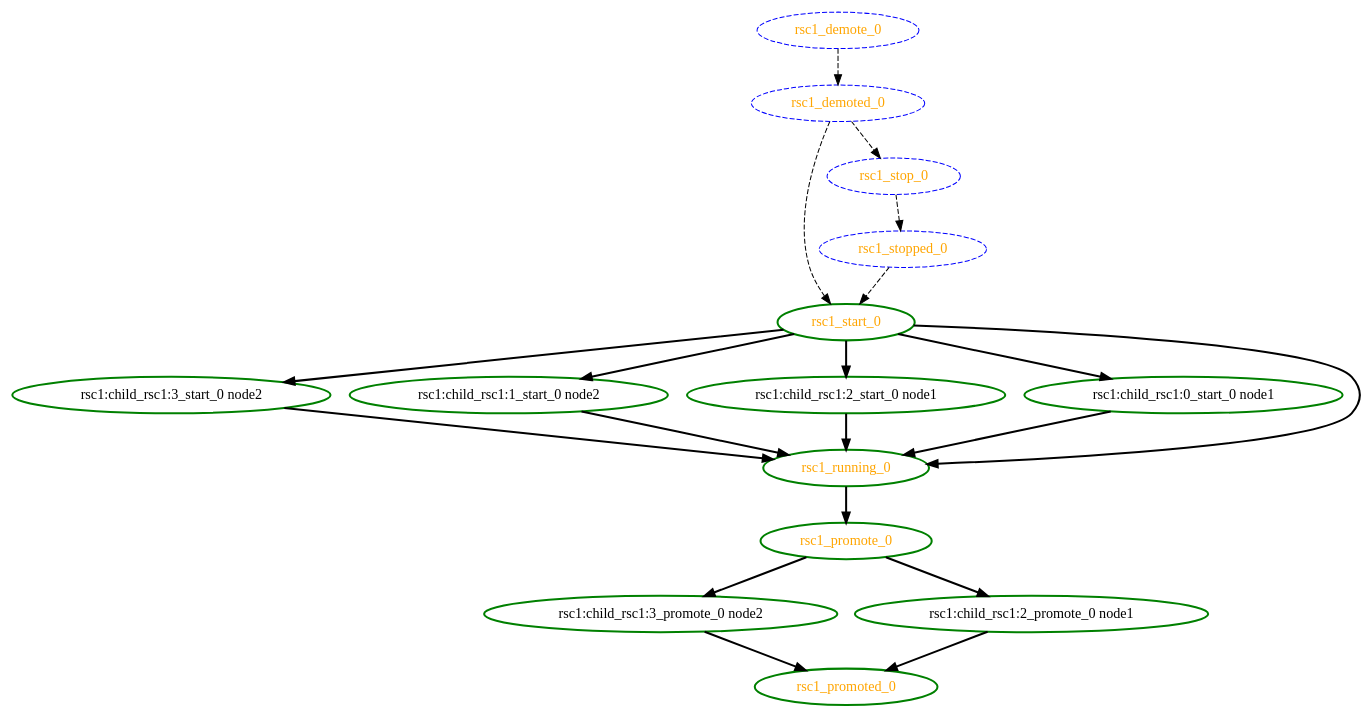
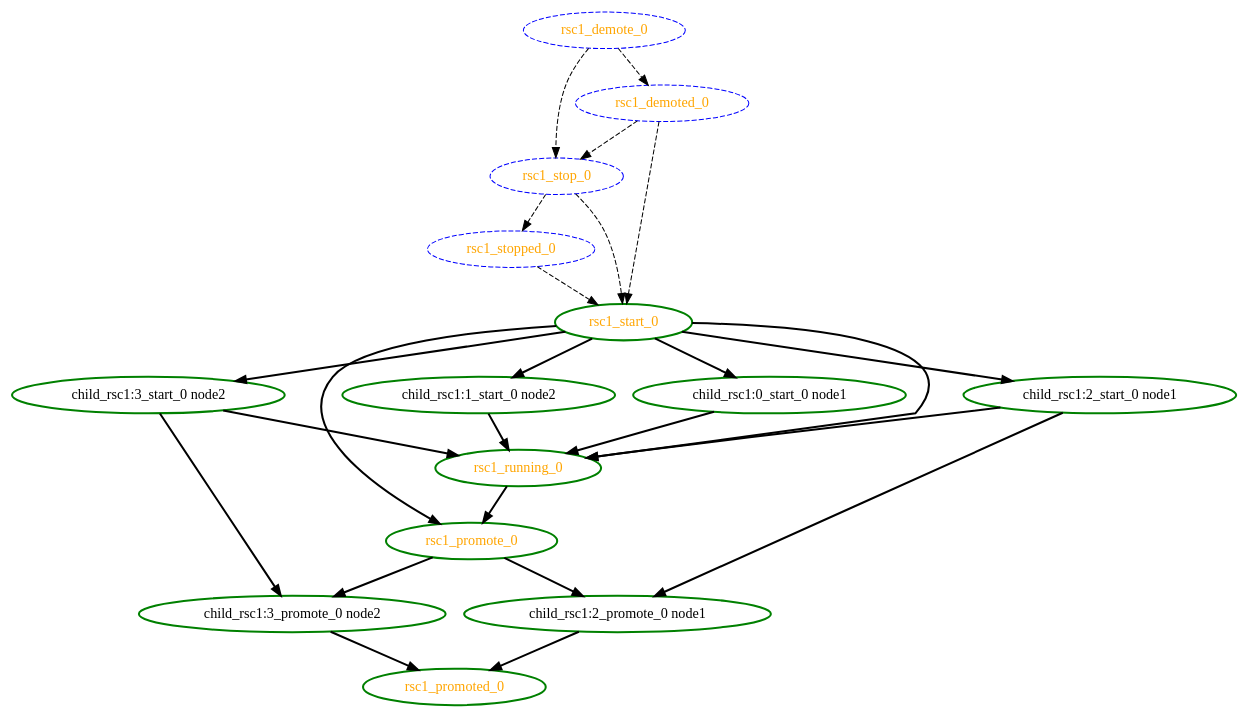
One commit to richiewen8/heartbeat changed the diagram in crm/pengine/testcases/master-1.dot. Above: the diagram before and after it, drawn with Graphviz. The commit also changed 200 other files, not shown here.

```diff
--- a/crm/pengine/testcases/master-1.dot
+++ b/crm/pengine/testcases/master-1.dot
@@ -1,36 +1,41 @@
 digraph "g" {
 	size = "30,30"
-"rsc1:child_rsc1:3_start_0 node2" [ style=bold color="green" fontcolor="black" ]
-"rsc1:child_rsc1:3_promote_0 node2" [ style=bold color="green" fontcolor="black" ]
-"rsc1:child_rsc1:1_start_0 node2" [ style=bold color="green" fontcolor="black" ]
-"rsc1:child_rsc1:2_start_0 node1" [ style=bold color="green" fontcolor="black" ]
-"rsc1:child_rsc1:2_promote_0 node1" [ style=bold color="green" fontcolor="black" ]
-"rsc1:child_rsc1:0_start_0 node1" [ style=bold color="green" fontcolor="black" ]
+"child_rsc1:3_start_0 node2" [ style=bold color="green" fontcolor="black" ]
+"child_rsc1:3_promote_0 node2" [ style=bold color="green" fontcolor="black" ]
+"child_rsc1:1_start_0 node2" [ style=bold color="green" fontcolor="black" ]
+"child_rsc1:2_start_0 node1" [ style=bold color="green" fontcolor="black" ]
+"child_rsc1:2_promote_0 node1" [ style=bold color="green" fontcolor="black" ]
+"child_rsc1:0_start_0 node1" [ style=bold color="green" fontcolor="black" ]
 "rsc1_start_0" [ style=bold color="green" fontcolor="orange" ]
 "rsc1_running_0" [ style=bold color="green" fontcolor="orange" ]
 "rsc1_stop_0" [ style="dashed" color="blue" fontcolor="orange" ]
 "rsc1_stopped_0" [ style="dashed" color="blue" fontcolor="orange" ]
 "rsc1_promote_0" [ style=bold color="green" fontcolor="orange" ]
 "rsc1_promoted_0" [ style=bold color="green" fontcolor="orange" ]
 "rsc1_demote_0" [ style="dashed" color="blue" fontcolor="orange" ]
 "rsc1_demoted_0" [ style="dashed" color="blue" fontcolor="orange" ]
-"rsc1_start_0" -> "rsc1:child_rsc1:3_start_0 node2" [ style = bold]
-"rsc1_promote_0" -> "rsc1:child_rsc1:3_promote_0 node2" [ style = bold]
-"rsc1_start_0" -> "rsc1:child_rsc1:1_start_0 node2" [ style = bold]
-"rsc1_start_0" -> "rsc1:child_rsc1:2_start_0 node1" [ style = bold]
-"rsc1_promote_0" -> "rsc1:child_rsc1:2_promote_0 node1" [ style = bold]
-"rsc1_start_0" -> "rsc1:child_rsc1:0_start_0 node1" [ style = bold]
+"rsc1_start_0" -> "child_rsc1:3_start_0 node2" [ style = bold]
+"child_rsc1:3_start_0 node2" -> "child_rsc1:3_promote_0 node2" [ style = bold]
+"rsc1_promote_0" -> "child_rsc1:3_promote_0 node2" [ style = bold]
+"rsc1_start_0" -> "child_rsc1:1_start_0 node2" [ style = bold]
+"rsc1_start_0" -> "child_rsc1:2_start_0 node1" [ style = bold]
+"child_rsc1:2_start_0 node1" -> "child_rsc1:2_promote_0 node1" [ style = bold]
+"rsc1_promote_0" -> "child_rsc1:2_promote_0 node1" [ style = bold]
+"rsc1_start_0" -> "child_rsc1:0_start_0 node1" [ style = bold]
+"rsc1_stop_0" -> "rsc1_start_0" [ style = dashed]
 "rsc1_stopped_0" -> "rsc1_start_0" [ style = dashed]
 "rsc1_demoted_0" -> "rsc1_start_0" [ style = dashed]
-"rsc1:child_rsc1:3_start_0 node2" -> "rsc1_running_0" [ style = bold]
-"rsc1:child_rsc1:1_start_0 node2" -> "rsc1_running_0" [ style = bold]
-"rsc1:child_rsc1:2_start_0 node1" -> "rsc1_running_0" [ style = bold]
-"rsc1:child_rsc1:0_start_0 node1" -> "rsc1_running_0" [ style = bold]
+"child_rsc1:3_start_0 node2" -> "rsc1_running_0" [ style = bold]
+"child_rsc1:1_start_0 node2" -> "rsc1_running_0" [ style = bold]
+"child_rsc1:2_start_0 node1" -> "rsc1_running_0" [ style = bold]
+"child_rsc1:0_start_0 node1" -> "rsc1_running_0" [ style = bold]
 "rsc1_start_0" -> "rsc1_running_0" [ style = bold]
+"rsc1_demote_0" -> "rsc1_stop_0" [ style = dashed]
 "rsc1_demoted_0" -> "rsc1_stop_0" [ style = dashed]
 "rsc1_stop_0" -> "rsc1_stopped_0" [ style = dashed]
+"rsc1_start_0" -> "rsc1_promote_0" [ style = bold]
 "rsc1_running_0" -> "rsc1_promote_0" [ style = bold]
-"rsc1:child_rsc1:3_promote_0 node2" -> "rsc1_promoted_0" [ style = bold]
-"rsc1:child_rsc1:2_promote_0 node1" -> "rsc1_promoted_0" [ style = bold]
+"child_rsc1:3_promote_0 node2" -> "rsc1_promoted_0" [ style = bold]
+"child_rsc1:2_promote_0 node1" -> "rsc1_promoted_0" [ style = bold]
 "rsc1_demote_0" -> "rsc1_demoted_0" [ style = dashed]
 }
```
